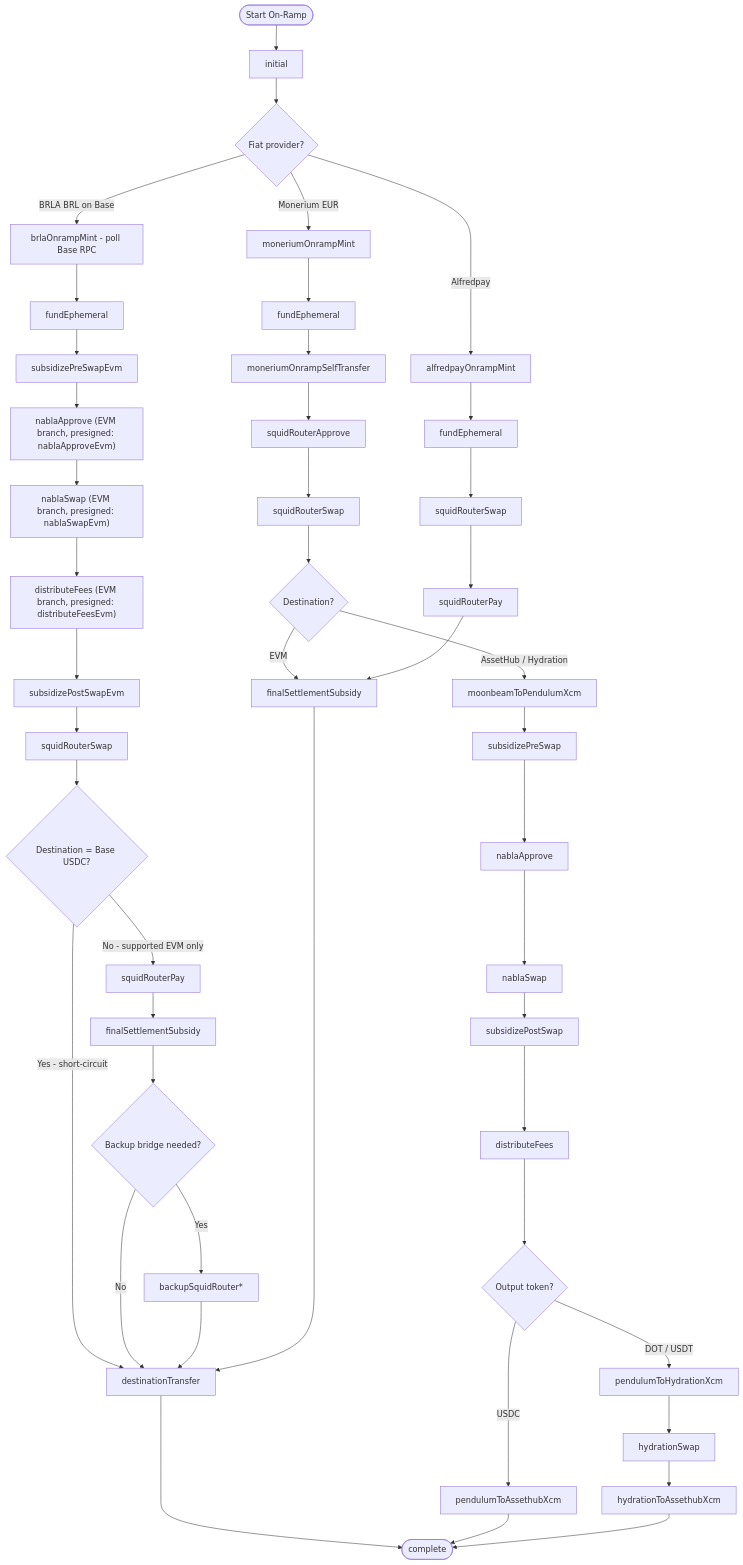
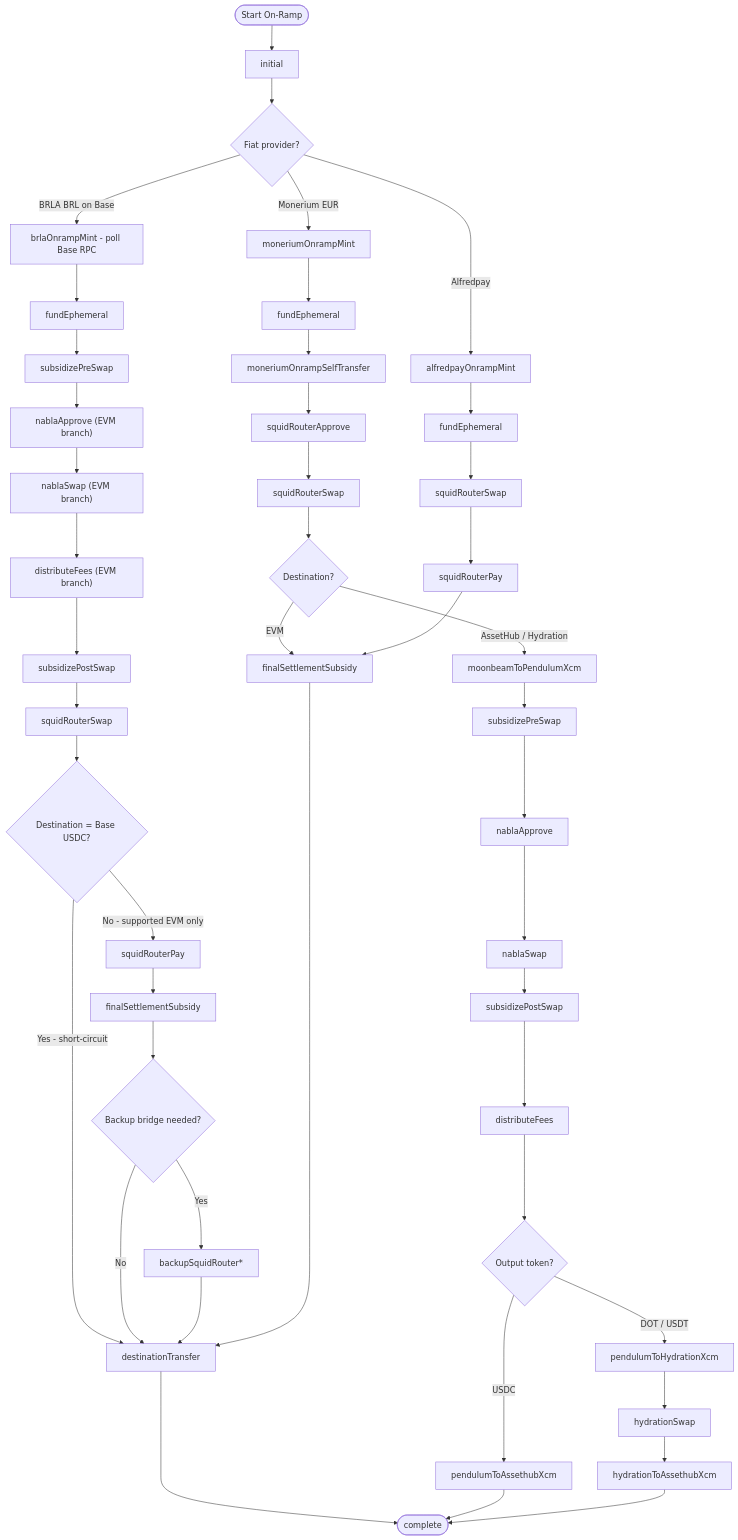
Before and after one commit to pendulum-chain/vortex: the first of 2 diagrams in docs/security-spec/03-ramp-engine/ramp-phase-flows.md, drawn with Mermaid. The commit also changed other lines of this file and 5 other files, not shown here.

````diff
--- a/docs/security-spec/03-ramp-engine/ramp-phase-flows.md
+++ b/docs/security-spec/03-ramp-engine/ramp-phase-flows.md
@@ -51,61 +51,61 @@
 ```mermaid
 graph TD
     Start([Start On-Ramp]) --> Init[initial]
     Init --> Provider{Fiat provider?}
 
     %% --- Monerium EUR on Polygon ---
     Provider -->|Monerium EUR| MonMint[moneriumOnrampMint]
     MonMint --> MonFund[fundEphemeral]
     MonFund --> MonSelf[moneriumOnrampSelfTransfer]
     MonSelf --> MonSquidApprove[squidRouterApprove]
     MonSquidApprove --> MonSquidSwap[squidRouterSwap]
     MonSquidSwap --> MonDest{Destination?}
     MonDest -->|EVM| FinalSubsidy[finalSettlementSubsidy]
     MonDest -->|AssetHub / Hydration| MonToPendulum[moonbeamToPendulumXcm]
     MonToPendulum --> SubPre[subsidizePreSwap]
 
     %% --- BRL via Avenia/BRLA on Base ---
     Provider -->|BRLA BRL on Base| BrlaMint[brlaOnrampMint - poll Base RPC]
     BrlaMint --> BrlaFund[fundEphemeral]
-    BrlaFund --> BrlaSubPreEvm[subsidizePreSwapEvm]
-    BrlaSubPreEvm --> BrlaApproveEvm["nablaApprove (EVM branch, presigned: nablaApproveEvm)"]
-    BrlaApproveEvm --> BrlaSwapEvm["nablaSwap (EVM branch, presigned: nablaSwapEvm)"]
-    BrlaSwapEvm --> BrlaDistEvm["distributeFees (EVM branch, presigned: distributeFeesEvm)"]
-    BrlaDistEvm --> BrlaSubPostEvm[subsidizePostSwapEvm]
+    BrlaFund --> BrlaSubPreEvm[subsidizePreSwap]
+    BrlaSubPreEvm --> BrlaApproveEvm["nablaApprove (EVM branch)"]
+    BrlaApproveEvm --> BrlaSwapEvm["nablaSwap (EVM branch)"]
+    BrlaSwapEvm --> BrlaDistEvm["distributeFees (EVM branch)"]
+    BrlaDistEvm --> BrlaSubPostEvm[subsidizePostSwap]
     BrlaSubPostEvm --> BrlaSquidSwap[squidRouterSwap]
     BrlaSquidSwap --> BrlaDest{Destination = Base USDC?}
     BrlaDest -->|Yes - short-circuit| DestTransfer[destinationTransfer]
     BrlaDest -->|No - supported EVM only| BrlaSquidPay[squidRouterPay]
     %% BRL -> AssetHub is temporarily disabled at quote eligibility.
     BrlaSquidPay --> BrlaFinalSubsidy[finalSettlementSubsidy]
     BrlaFinalSubsidy --> BrlaBackup{Backup bridge needed?}
     BrlaBackup -->|Yes| BrlaBackupSquid[backupSquidRouter*]
     BrlaBackup -->|No| DestTransfer
     BrlaBackupSquid --> DestTransfer
 
     %% --- Alfredpay ---
     Provider -->|Alfredpay| AfMint[alfredpayOnrampMint]
     AfMint --> AfFund[fundEphemeral]
     AfFund --> AfSquidSwap[squidRouterSwap]
     AfSquidSwap --> AfSquidPay[squidRouterPay]
     AfSquidPay --> FinalSubsidy
 
     %% --- Common Pendulum swap path (Monerium AssetHub / Hydration) ---
     SubPre --> NablaApprove[nablaApprove]
     NablaApprove --> NablaSwap[nablaSwap]
     NablaSwap --> SubPost[subsidizePostSwap]
     SubPost --> Dist[distributeFees]
     Dist --> AhRoute{Output token?}
     AhRoute -->|USDC| ToAh[pendulumToAssethubXcm]
     AhRoute -->|DOT / USDT| ToHydra[pendulumToHydrationXcm]
     ToHydra --> HydraSwap[hydrationSwap]
     HydraSwap --> HydraToAh[hydrationToAssethubXcm]
 
     %% --- Final settlement (EVM via Squid) ---
     FinalSubsidy --> DestTransfer
 
     %% --- Terminal ---
     DestTransfer --> Complete([complete])
     ToAh --> Complete
     HydraToAh --> Complete
 ```
````
